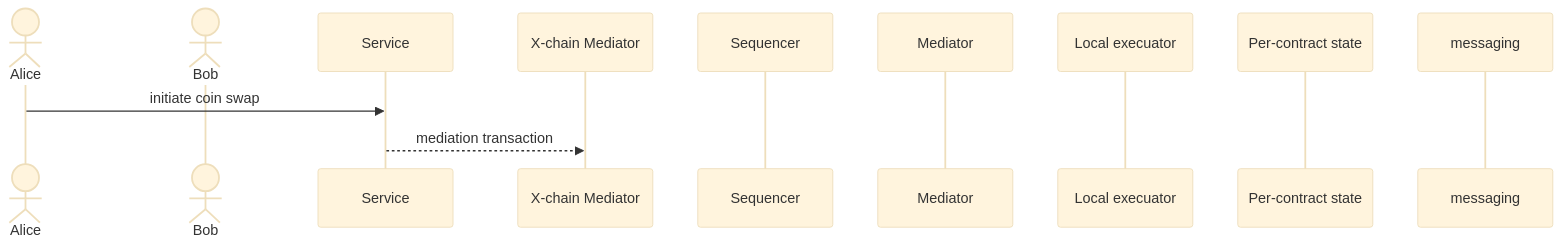
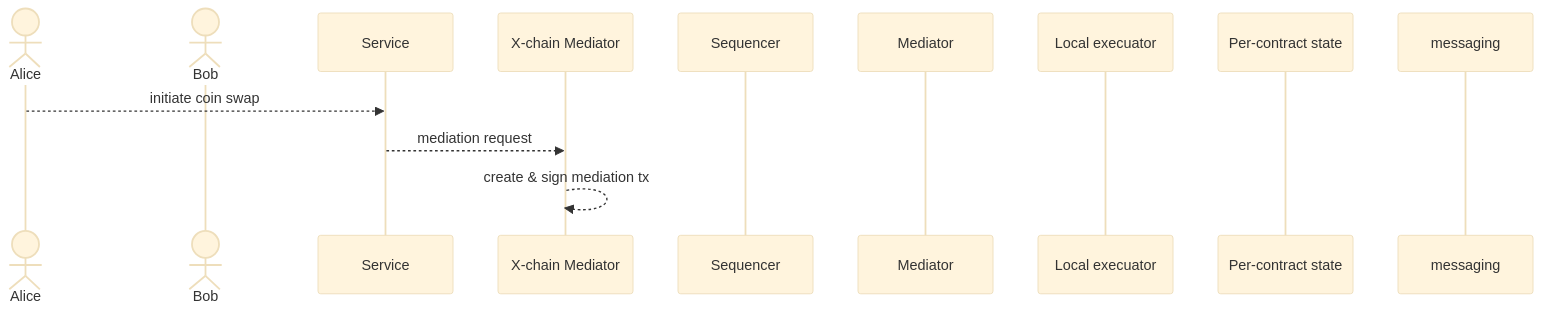
Before and after one commit to PDXbaap/design: the diagram in finance_architecture.md, drawn with Mermaid (base theme).

Commit message:
Refine messaging in finance architecture diagram
Updated the sequence of messages in the architecture diagram and clarified the mediation process.

````diff
--- a/finance_architecture.md
+++ b/finance_architecture.md
@@ -29,16 +29,17 @@
 ```mermaid
 sequenceDiagram
 actor Alice
 actor Bob
 participant Service
 participant X-chain Mediator
 participant Sequencer
 participant Mediator
 participant Local execuator
 participant Per-contract state
 participant messaging
 
-Alice ->> Service: initiate coin swap
-Service -->> X-chain Mediator: mediation transaction
+Alice -->> Service: initiate coin swap
+Service -->> X-chain Mediator: mediation request
+X-chain Mediator -->> X-chain Mediator: create & sign mediation tx
  
 ```
````
